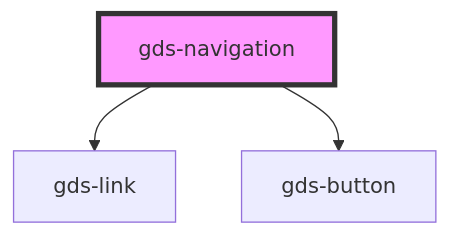
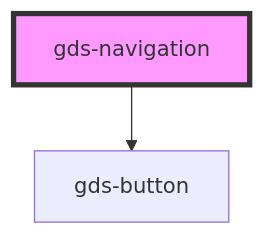
Before and after one commit to generoi/genero-design-system: the diagram in src/components/gds-navigation/readme.md, drawn with Mermaid. The commit also changed other lines of this file and 19 other files, not shown here.

First line of the commit message:
feat: modified gds-navigation to be SEO friendly

````diff
--- a/src/components/gds-navigation/readme.md
+++ b/src/components/gds-navigation/readme.md
@@ -22,6 +13,5 @@
 ```mermaid
 graph TD;
-  gds-navigation --> gds-link
   gds-navigation --> gds-button
   style gds-navigation fill:#f9f,stroke:#333,stroke-width:4px
 ```
````
